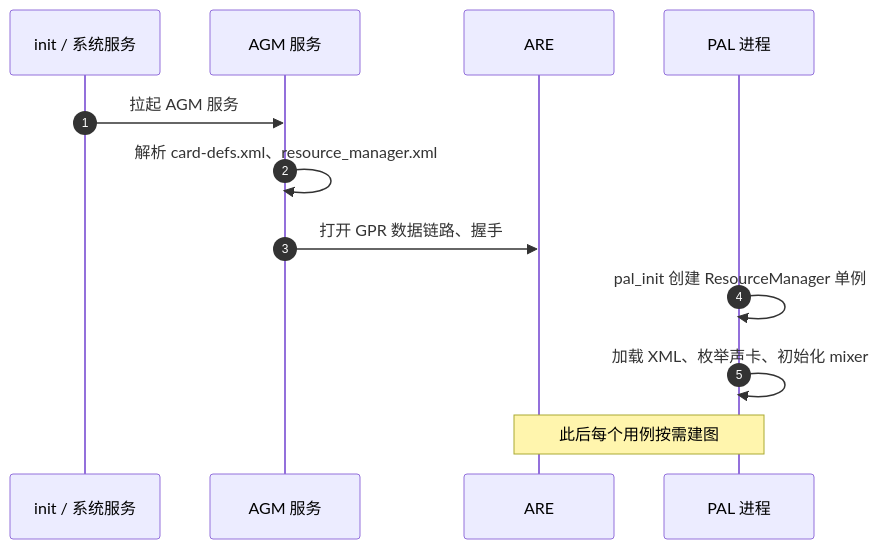
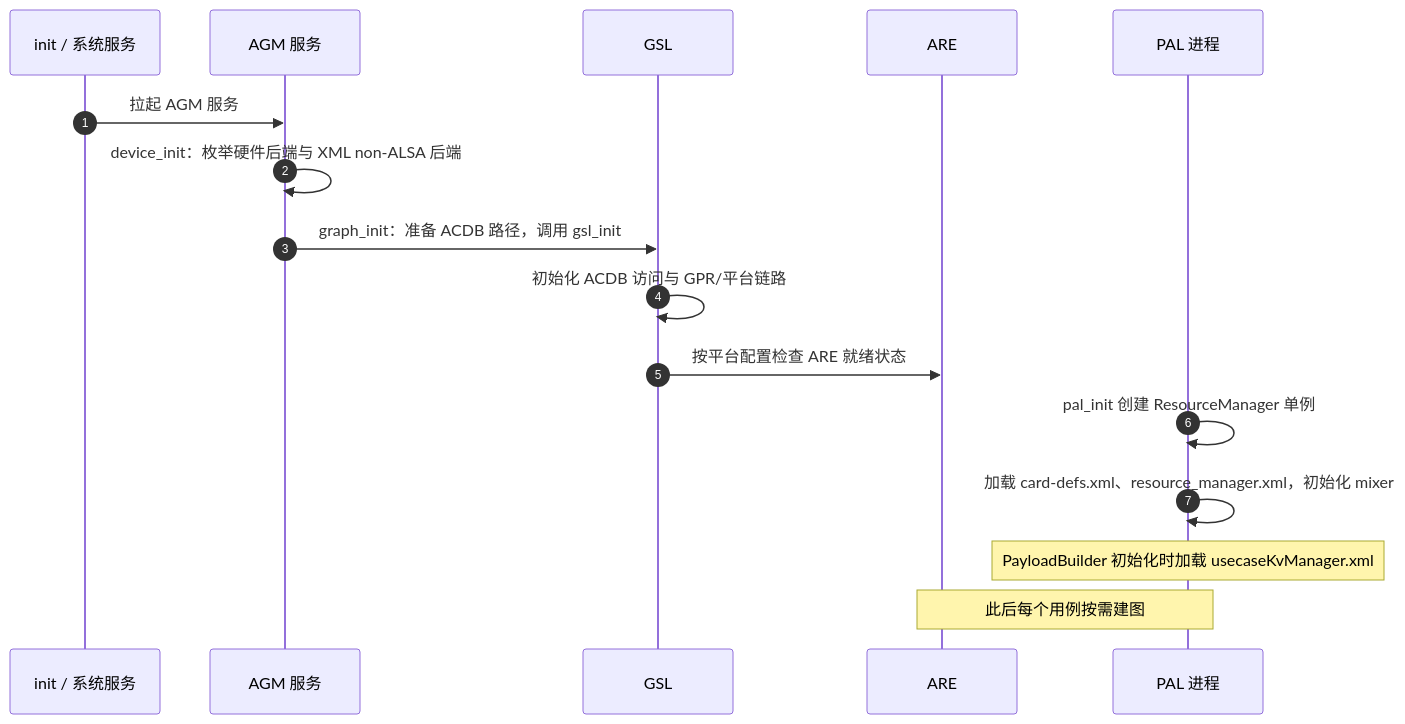
Before and after one commit to gbaxy/myblog: diagram 17 of 23 in src/content/blog/audioreach-architecture.md, drawn with Mermaid. The commit also changed other lines of this file, not shown here.

Commit message:
docs: update AudioReach architecture guide to v1.2

````diff
--- a/src/content/blog/audioreach-architecture.md
+++ b/src/content/blog/audioreach-architecture.md
@@ -999,14 +1102,18 @@
 ```mermaid
 sequenceDiagram
     autonumber
     participant INIT as init / 系统服务
     participant AGM as AGM 服务
+    participant GSL as GSL
     participant DSP as ARE
     participant PAL as PAL 进程
     INIT->>AGM: 拉起 AGM 服务
-    AGM->>AGM: 解析 card-defs.xml、resource_manager.xml
-    AGM->>DSP: 打开 GPR 数据链路、握手
+    AGM->>AGM: device_init：枚举硬件后端与 XML non-ALSA 后端
+    AGM->>GSL: graph_init：准备 ACDB 路径，调用 gsl_init
+    GSL->>GSL: 初始化 ACDB 访问与 GPR/平台链路
+    GSL->>DSP: 按平台配置检查 ARE 就绪状态
     PAL->>PAL: pal_init 创建 ResourceManager 单例
-    PAL->>PAL: 加载 XML、枚举声卡、初始化 mixer
+    PAL->>PAL: 加载 card-defs.xml、resource_manager.xml，初始化 mixer
+    Note over PAL: PayloadBuilder 初始化时加载 usecaseKvManager.xml
     Note over PAL,DSP: 此后每个用例按需建图
 ```
````
